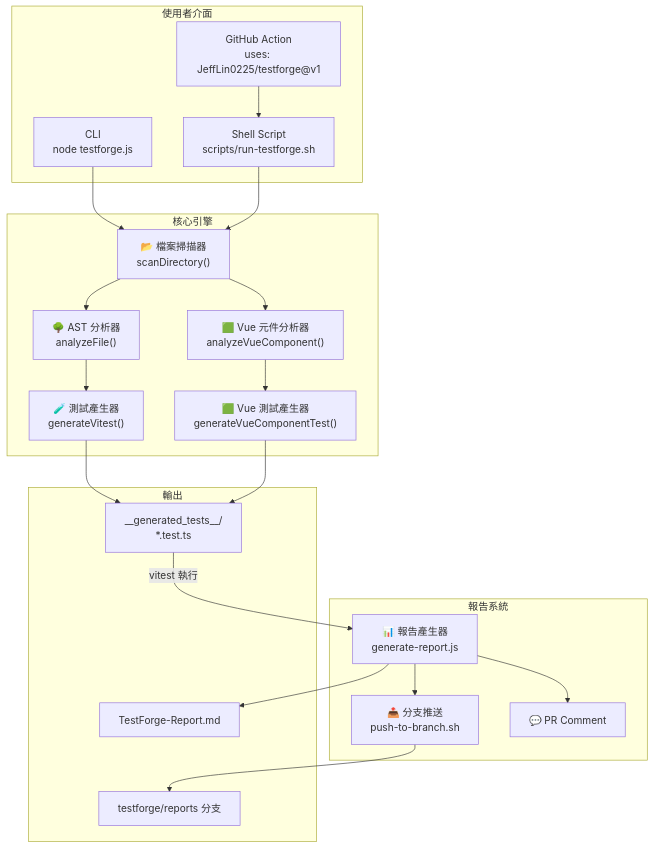
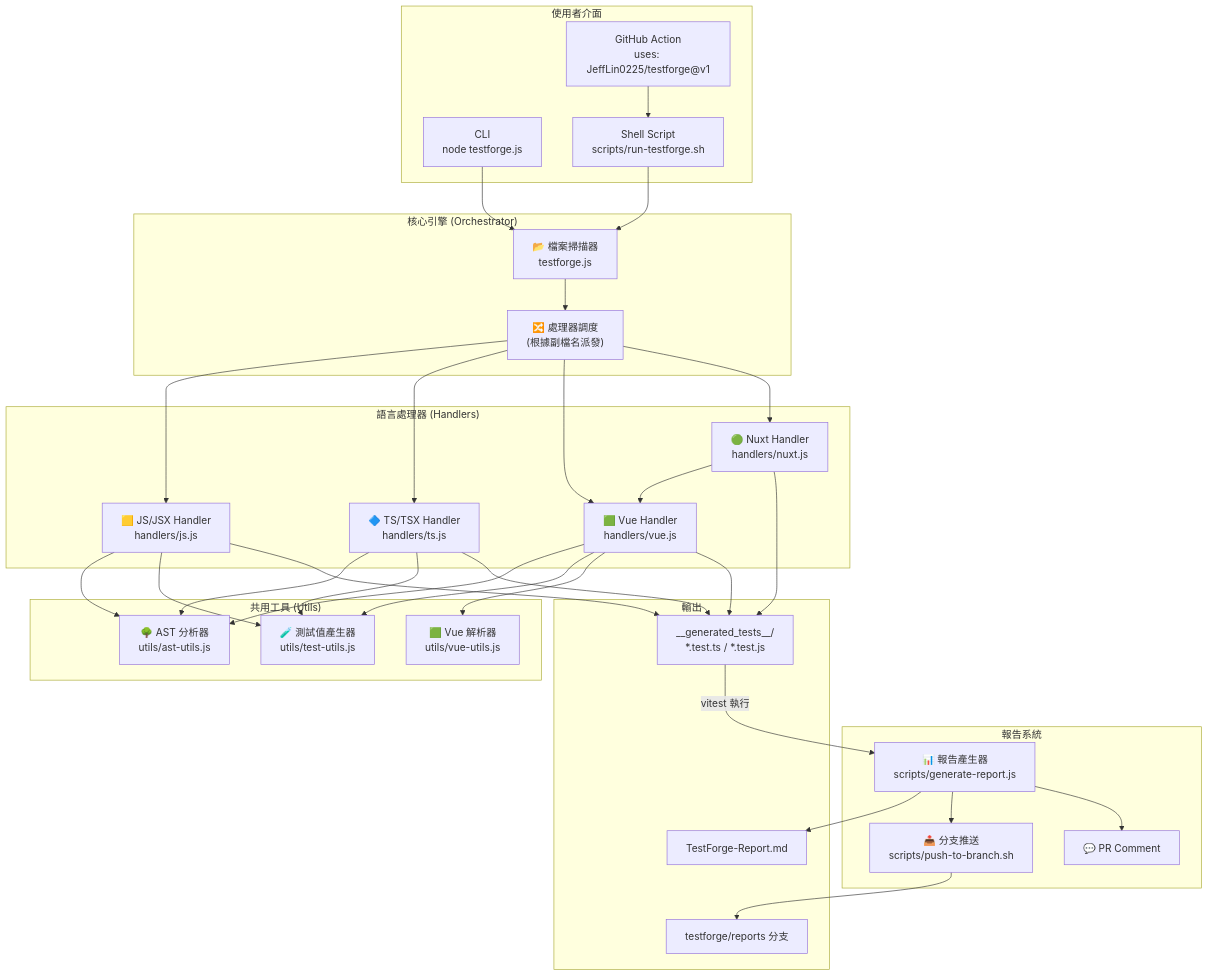
One commit to JeffLin0225/TestForge changed the first of 2 diagrams in docs/ARCHITECTURE.md. Above: the diagram before and after it, drawn with Mermaid. The commit also changed other lines of this file and 6 other files, not shown here.

````diff
--- a/docs/ARCHITECTURE.md
+++ b/docs/ARCHITECTURE.md
@@ -9,45 +9,64 @@
 ```mermaid
 graph TB
     subgraph "使用者介面"
         CLI["CLI<br/>node testforge.js"]
         GHA["GitHub Action<br/>uses: JeffLin0225/testforge@v1"]
         SCRIPT["Shell Script<br/>scripts/run-testforge.sh"]
     end
 
-    subgraph "核心引擎"
-        SCANNER["📂 檔案掃描器<br/>scanDirectory()"]
-        AST["🌳 AST 分析器<br/>analyzeFile()"]
-        VUE_ANALYZER["🟩 Vue 元件分析器<br/>analyzeVueComponent()"]
-        GENERATOR["🧪 測試產生器<br/>generateVitest()"]
-        VUE_GEN["🟩 Vue 測試產生器<br/>generateVueComponentTest()"]
+    subgraph "核心引擎 (Orchestrator)"
+        SCANNER["📂 檔案掃描器<br/>testforge.js"]
+        DISPATCHER["🔀 處理器調度<br/>(根據副檔名派發)"]
+    end
+
+    subgraph "語言處理器 (Handlers)"
+        H_JS["🟨 JS/JSX Handler<br/>handlers/js.js"]
+        H_TS["🔷 TS/TSX Handler<br/>handlers/ts.js"]
+        H_VUE["🟩 Vue Handler<br/>handlers/vue.js"]
+        H_NUXT["🟢 Nuxt Handler<br/>handlers/nuxt.js"]
+    end
+
+    subgraph "共用工具 (Utils)"
+        U_AST["🌳 AST 分析器<br/>utils/ast-utils.js"]
+        U_TEST["🧪 測試值產生器<br/>utils/test-utils.js"]
+        U_VUE["🟩 Vue 解析器<br/>utils/vue-utils.js"]
     end
 
     subgraph "報告系統"
-        REPORT["📊 報告產生器<br/>generate-report.js"]
-        BRANCH["📤 分支推送<br/>push-to-branch.sh"]
+        REPORT["📊 報告產生器<br/>scripts/generate-report.js"]
+        BRANCH["📤 分支推送<br/>scripts/push-to-branch.sh"]
         PR_COMMENT["💬 PR Comment"]
     end
 
     subgraph "輸出"
-        TESTS["__generated_tests__/<br/>*.test.ts"]
+        TESTS["__generated_tests__/<br/>*.test.ts / *.test.js"]
         MD_REPORT["TestForge-Report.md"]
         REPORT_BRANCH["testforge/reports 分支"]
     end
 
     CLI --> SCANNER
     GHA --> SCRIPT
     SCRIPT --> SCANNER
 
-    SCANNER --> AST
-    SCANNER --> VUE_ANALYZER
-    AST --> GENERATOR
-    VUE_ANALYZER --> VUE_GEN
-    GENERATOR --> TESTS
-    VUE_GEN --> TESTS
+    SCANNER --> DISPATCHER
+    DISPATCHER --> H_JS
+    DISPATCHER --> H_TS
+    DISPATCHER --> H_VUE
+    DISPATCHER --> H_NUXT
+
+    H_JS --> U_AST & U_TEST
+    H_TS --> U_AST & U_TEST
+    H_VUE --> U_AST & U_TEST & U_VUE
+    H_NUXT --> H_VUE
+
+    H_JS --> TESTS
+    H_TS --> TESTS
+    H_VUE --> TESTS
+    H_NUXT --> TESTS
 
     TESTS -->|vitest 執行| REPORT
     REPORT --> MD_REPORT
     REPORT --> BRANCH
     REPORT --> PR_COMMENT
     BRANCH --> REPORT_BRANCH
 ```
````
